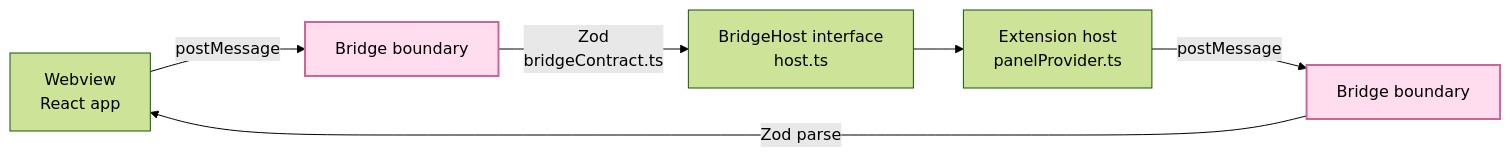
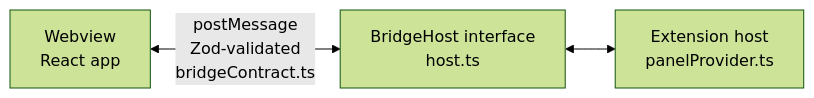
One commit to ChrisDevRepo/vscode_data_lineage changed the third of 5 diagrams in docs/DEVELOPER_GUIDE.md. Above: the diagram before and after it, drawn with Mermaid (forest theme). The commit also changed other lines of this file and 1 other file, not shown here.

First line of the commit message:
docs: add Mermaid diagrams, TOCs, glossary; dedupe cross-file prose

````diff
--- a/docs/DEVELOPER_GUIDE.md
+++ b/docs/DEVELOPER_GUIDE.md
@@ -106,10 +106,5 @@
 ```mermaid
 flowchart LR
-    WV[Webview<br/>React app] -->|postMessage| BR[Bridge boundary]
-    BR -->|Zod<br/>bridgeContract.ts| BH[BridgeHost interface<br/>host.ts]
-    BH --> EXT[Extension host<br/>panelProvider.ts]
-    EXT -->|postMessage| BR2[Bridge boundary]
-    BR2 -->|Zod parse| WV
-    style BR fill:#fde,stroke:#c69,stroke-width:2px
-    style BR2 fill:#fde,stroke:#c69,stroke-width:2px
+    WV[Webview<br/>React app] <-->|postMessage<br/>Zod-validated<br/>bridgeContract.ts| BH[BridgeHost interface<br/>host.ts]
+    BH <--> EXT[Extension host<br/>panelProvider.ts]
 ```
````
